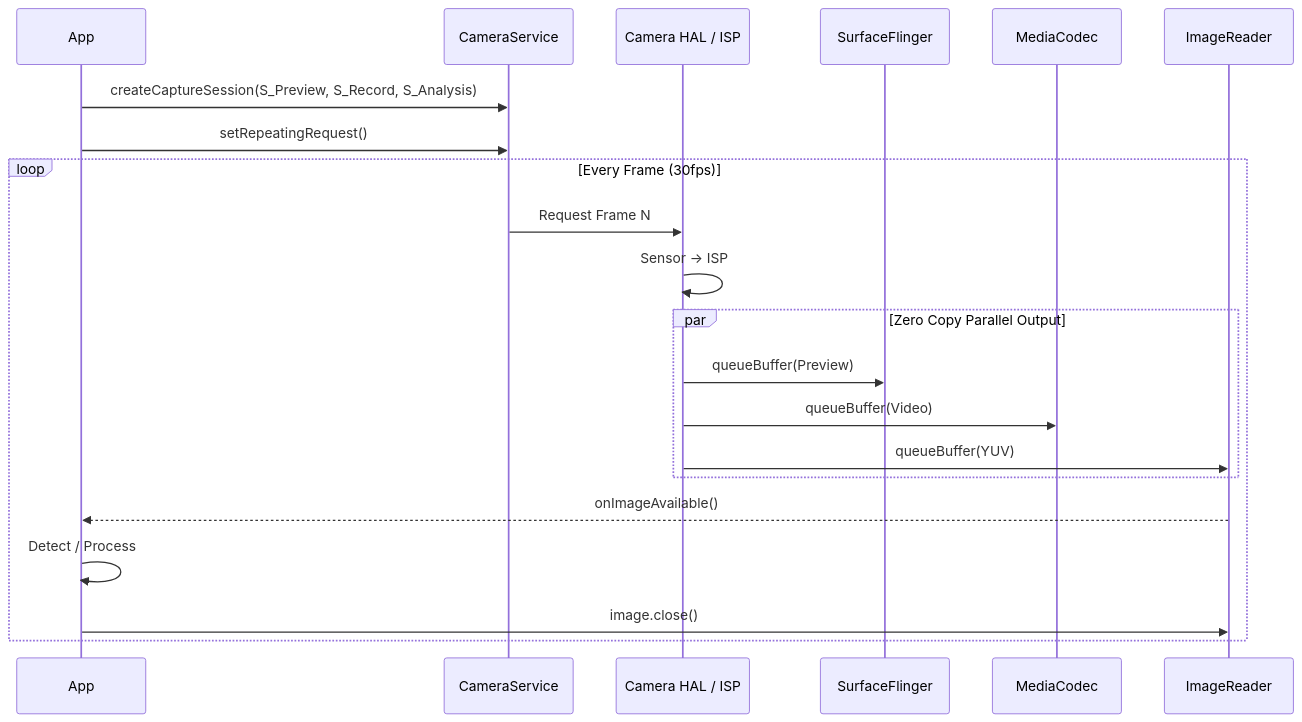
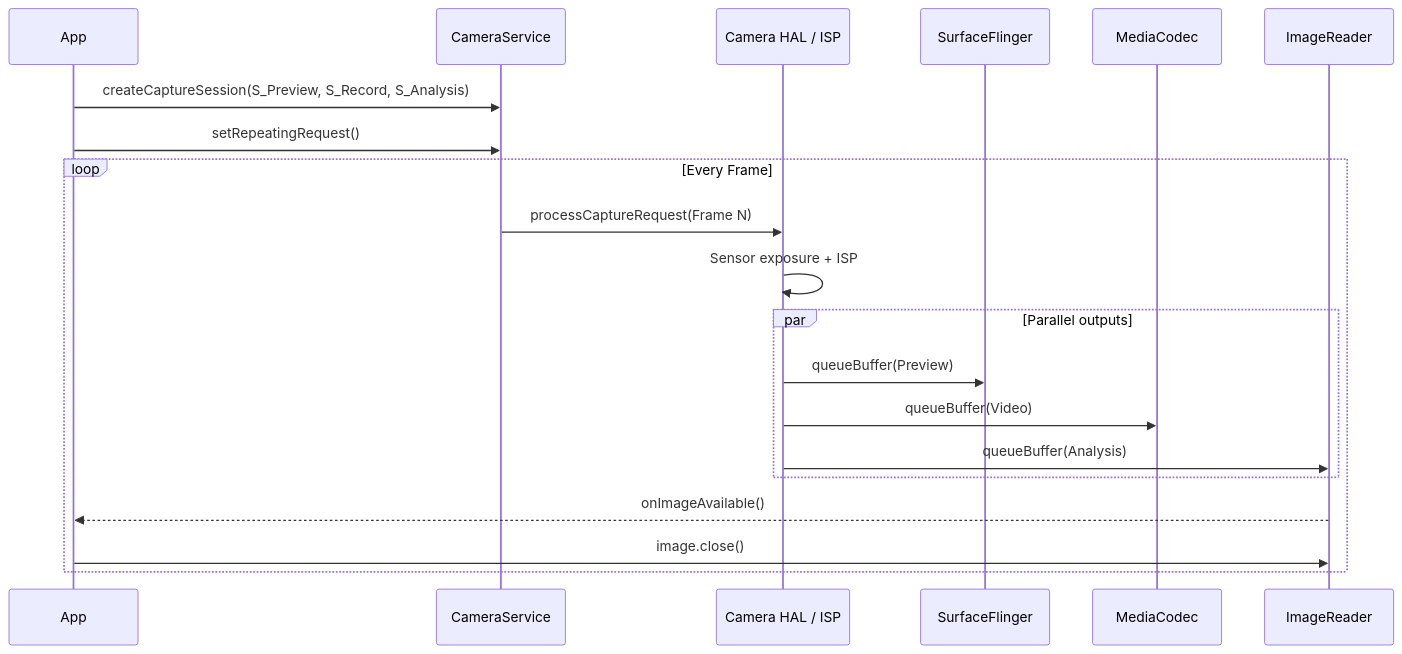
The second of 2 diagrams in src/part2-performance/ch18-rendering-pipelines/14-camera-pipeline.md (Gracker/android-internals-wiki), drawn with Mermaid before and after one commit. The commit also changed other lines of this file and 2 other files, not shown here.

````diff
--- a/src/part2-performance/ch18-rendering-pipelines/14-camera-pipeline.md
+++ b/src/part2-performance/ch18-rendering-pipelines/14-camera-pipeline.md
@@ -102,27 +90,26 @@
 ```mermaid
 sequenceDiagram
     participant App as App
     participant CS as CameraService
     participant HAL as Camera HAL / ISP
     participant SF as SurfaceFlinger
     participant MC as MediaCodec
     participant AI as ImageReader
 
     App->>CS: createCaptureSession(S_Preview, S_Record, S_Analysis)
     App->>CS: setRepeatingRequest()
-    
-    loop Every Frame (30fps)
-        CS->>HAL: Request Frame N
-        HAL->>HAL: Sensor → ISP
-        
-        par Zero Copy Parallel Output
+
+    loop Every Frame
+        CS->>HAL: processCaptureRequest(Frame N)
+        HAL->>HAL: Sensor exposure + ISP
+
+        par Parallel outputs
             HAL->>SF: queueBuffer(Preview)
             HAL->>MC: queueBuffer(Video)
-            HAL->>AI: queueBuffer(YUV)
+            HAL->>AI: queueBuffer(Analysis)
         end
-        
+
         AI-->>App: onImageAvailable()
-        App->>App: Detect / Process
         App->>AI: image.close()
     end
 ```
````
